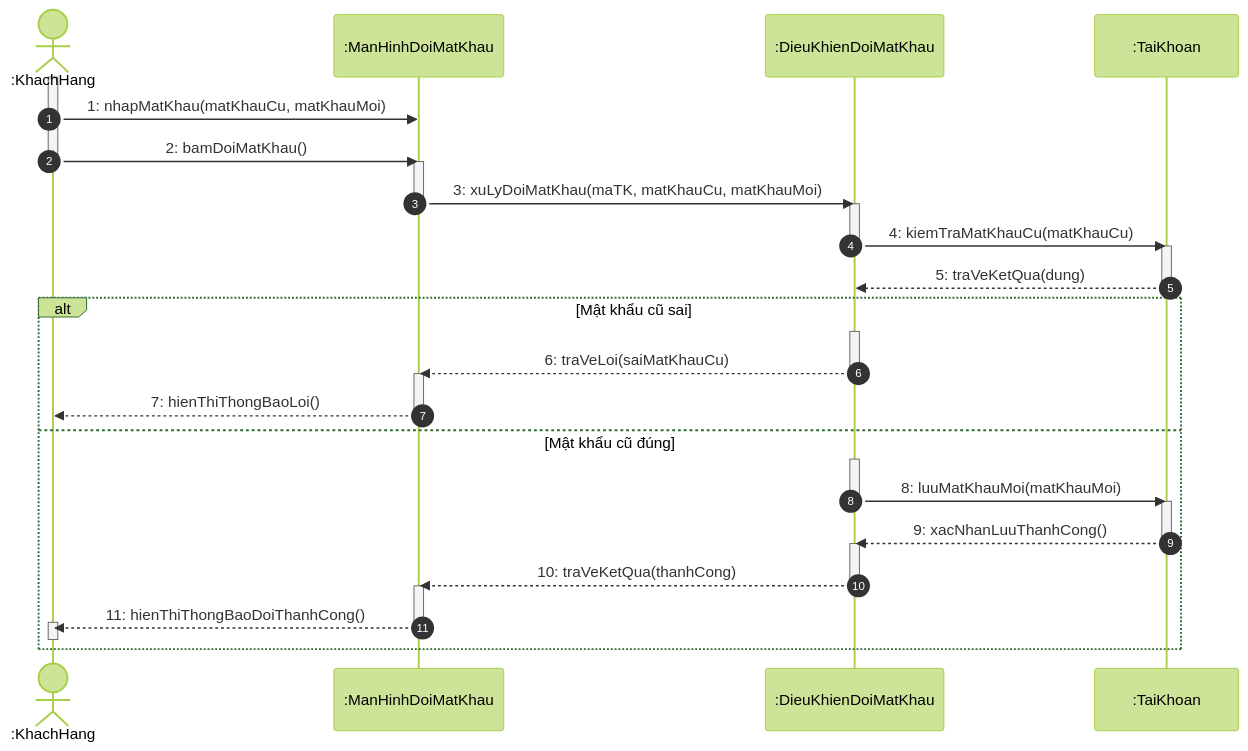
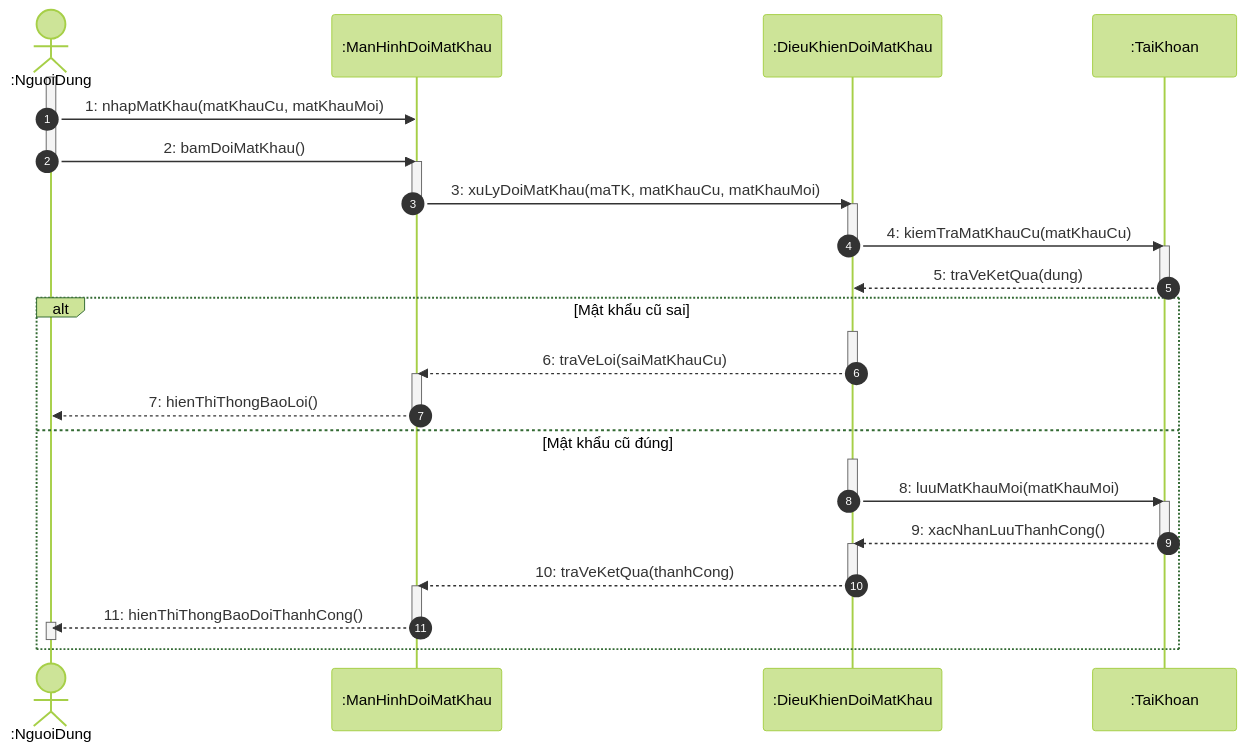
One commit to Longcodepro/Project_OOAD_HK1_2026-2027 changed diagram 14 of 22 in docs/sequence/Sequence_diagram.md. Above: the diagram before and after it, drawn with Mermaid (forest theme). The commit also changed other lines of this file and 4 other files, not shown here.

````diff
--- a/docs/sequence/Sequence_diagram.md
+++ b/docs/sequence/Sequence_diagram.md
@@ -967,46 +1265,46 @@
 ```mermaid
 sequenceDiagram
     autonumber
-    actor KH as :KhachHang
+    actor ND as :NguoiDung
     participant MH as :ManHinhDoiMatKhau
     participant DK as :DieuKhienDoiMatKhau
     participant TK as :TaiKhoan
 
-    activate KH
-    KH ->> MH: 1: nhapMatKhau(matKhauCu, matKhauMoi)
-    KH ->> MH: 2: bamDoiMatKhau()
-    deactivate KH
+    activate ND
+    ND ->> MH: 1: nhapMatKhau(matKhauCu, matKhauMoi)
+    ND ->> MH: 2: bamDoiMatKhau()
+    deactivate ND
     activate MH
     MH ->> DK: 3: xuLyDoiMatKhau(maTK, matKhauCu, matKhauMoi)
     deactivate MH
     activate DK
     DK ->> TK: 4: kiemTraMatKhauCu(matKhauCu)
     deactivate DK
     activate TK
     TK -->> DK: 5: traVeKetQua(dung)
     deactivate TK
 
     alt Mật khẩu cũ sai
         activate DK
         DK -->> MH: 6: traVeLoi(saiMatKhauCu)
         deactivate DK
         activate MH
-        MH -->> KH: 7: hienThiThongBaoLoi()
+        MH -->> ND: 7: hienThiThongBaoLoi()
         deactivate MH
     else Mật khẩu cũ đúng
         activate DK
         DK ->> TK: 8: luuMatKhauMoi(matKhauMoi)
         deactivate DK
         activate TK
         TK -->> DK: 9: xacNhanLuuThanhCong()
         deactivate TK
         activate DK
         DK -->> MH: 10: traVeKetQua(thanhCong)
         deactivate DK
         activate MH
-        MH -->> KH: 11: hienThiThongBaoDoiThanhCong()
+        MH -->> ND: 11: hienThiThongBaoDoiThanhCong()
         deactivate MH
-        activate KH
-        deactivate KH
+        activate ND
+        deactivate ND
     end
 ```
````
